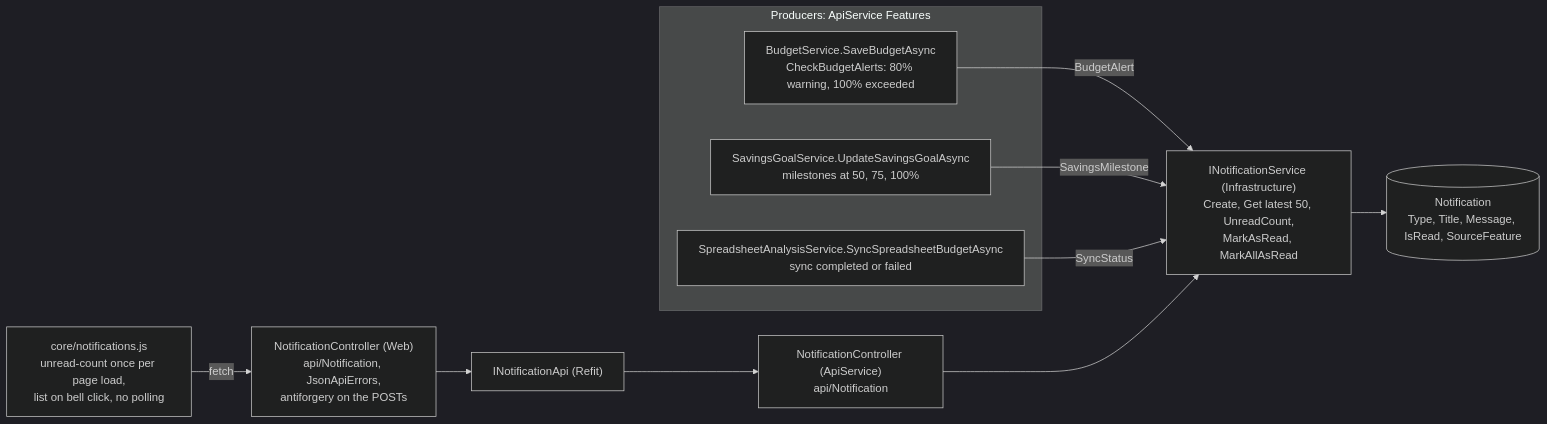
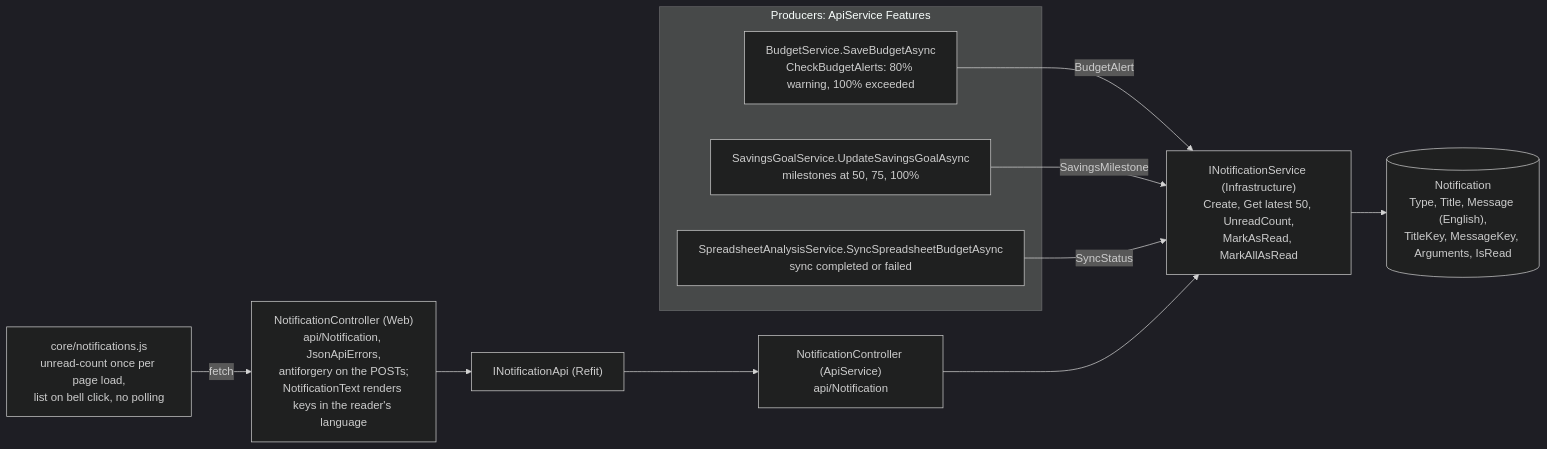
Diagram 13 of 24 in docs/DIAGRAMS.md (tngo0508/PersonalFinance), drawn with Mermaid (dark theme) before and after one commit. The commit also changed other lines of this file and 5 other files, not shown here.

Commit message:
test(e2e), docs: stored Language smoke steps, diagrams, 7.0.0

````diff
--- a/docs/DIAGRAMS.md
+++ b/docs/DIAGRAMS.md
@@ -813,24 +822,24 @@
 ```mermaid
 flowchart LR
     subgraph producers["Producers: ApiService Features"]
         bp["BudgetService.SaveBudgetAsync<br/>CheckBudgetAlerts: 80% warning, 100% exceeded"]
         sg["SavingsGoalService.UpdateSavingsGoalAsync<br/>milestones at 50, 75, 100%"]
         sa["SpreadsheetAnalysisService.SyncSpreadsheetBudgetAsync<br/>sync completed or failed"]
     end
 
     ns["INotificationService (Infrastructure)<br/>Create, Get latest 50, UnreadCount,<br/>MarkAsRead, MarkAllAsRead"]
-    ent[("Notification<br/>Type, Title, Message, IsRead, SourceFeature")]
+    ent[("Notification<br/>Type, Title, Message (English),<br/>TitleKey, MessageKey, Arguments, IsRead")]
     nc["NotificationController (ApiService)<br/>api/Notification"]
     napi["INotificationApi (Refit)"]
-    wnc["NotificationController (Web)<br/>api/Notification, JsonApiErrors,<br/>antiforgery on the POSTs"]
+    wnc["NotificationController (Web)<br/>api/Notification, JsonApiErrors,<br/>antiforgery on the POSTs;<br/>NotificationText renders keys in the reader's language"]
     js["core/notifications.js<br/>unread-count once per page load,<br/>list on bell click, no polling"]
 
     bp -- "BudgetAlert" --> ns
     sg -- "SavingsMilestone" --> ns
     sa -- "SyncStatus" --> ns
     ns --> ent
     nc --> ns
     napi --> nc
     wnc --> napi
     js -- "fetch" --> wnc
 ```
````
